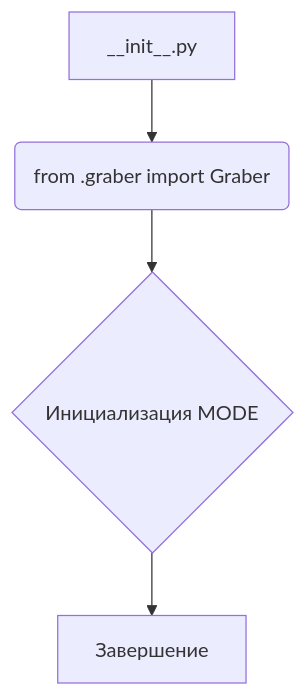
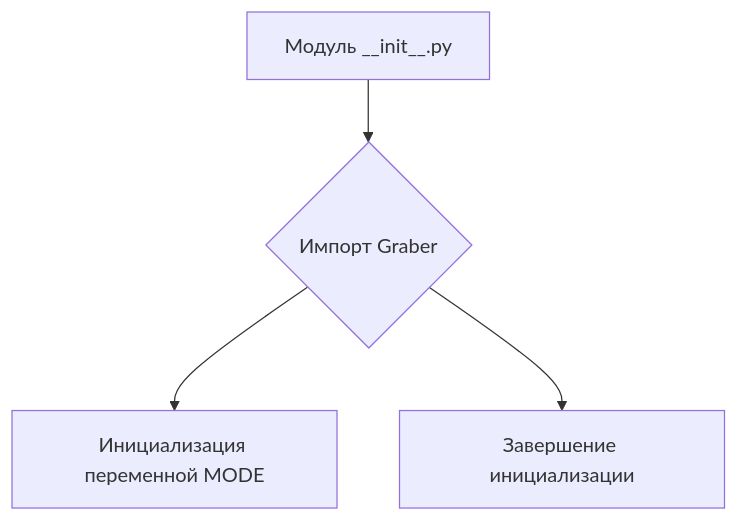
The first of 2 diagrams in docs/gemini/ru/explainer/src/suppliers/gearbest/__init__.md (hypo69/hypo), drawn with Mermaid before and after one commit. The commit also changed other lines of this file and 468 other files, not shown here.

````diff
--- a/docs/gemini/ru/explainer/src/suppliers/gearbest/__init__.md
+++ b/docs/gemini/ru/explainer/src/suppliers/gearbest/__init__.md
@@ -23,6 +27,6 @@
 ```mermaid
 graph TD
-    A[__init__.py] --> B(from .graber import Graber);
-    B --> C{Инициализация MODE};
-    C --> D[Завершение];
+    A[Модуль __init__.py] --> B{Импорт Graber};
+    B --> C[Инициализация переменной MODE];
+    B --> D[Завершение инициализации];
 ```
````
